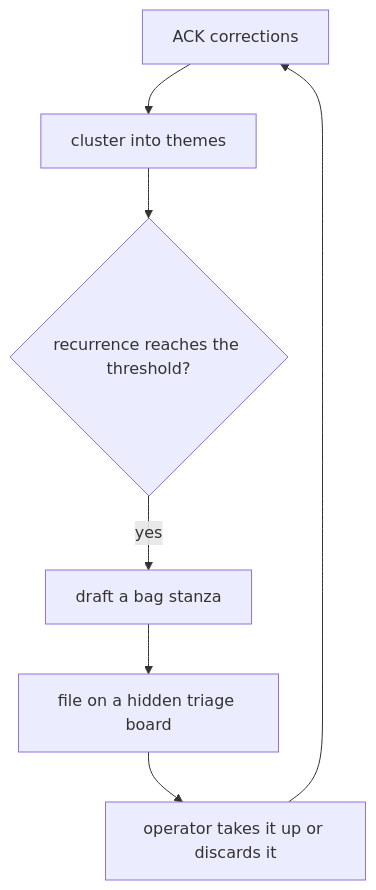
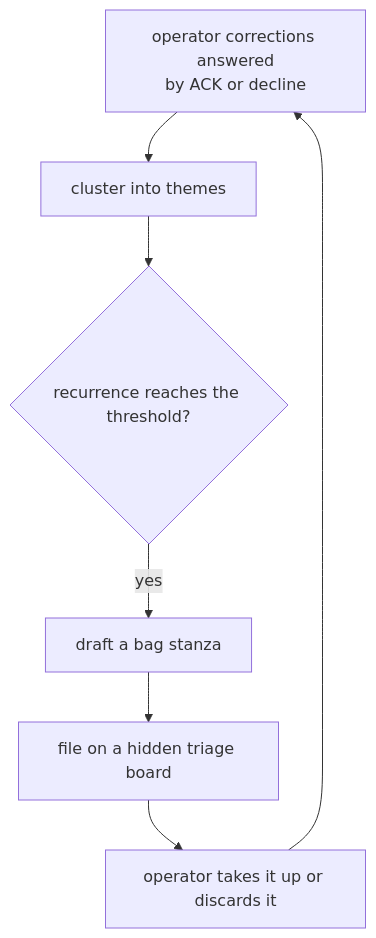
Before and after one commit to infimalabs/spice-rust: the third of 14 diagrams in docs/product/model/boundaries.md, drawn with Mermaid. The commit also changed other lines of this file and 120 other files, not shown here.

````diff
--- a/docs/product/model/boundaries.md
+++ b/docs/product/model/boundaries.md
@@ -41,9 +56,9 @@
 ```mermaid
 flowchart TD
-  A["ACK corrections"] --> C["cluster into themes"]
+  A["operator corrections answered<br/>by ACK or decline"] --> C["cluster into themes"]
   C --> R{"recurrence reaches the threshold?"}
   R -- yes --> D["draft a bag stanza"]
   D --> B["file on a hidden triage board"]
   B --> H["operator takes it up or discards it"]
   H --> A
 ```
````
